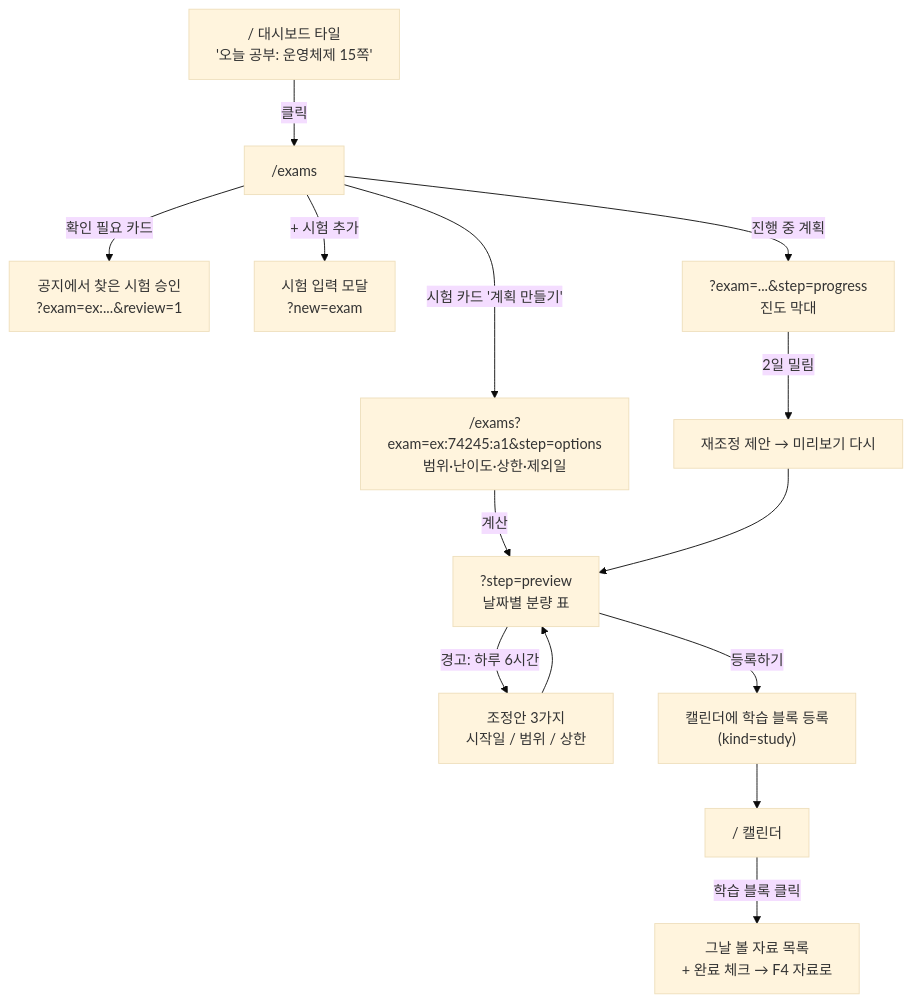
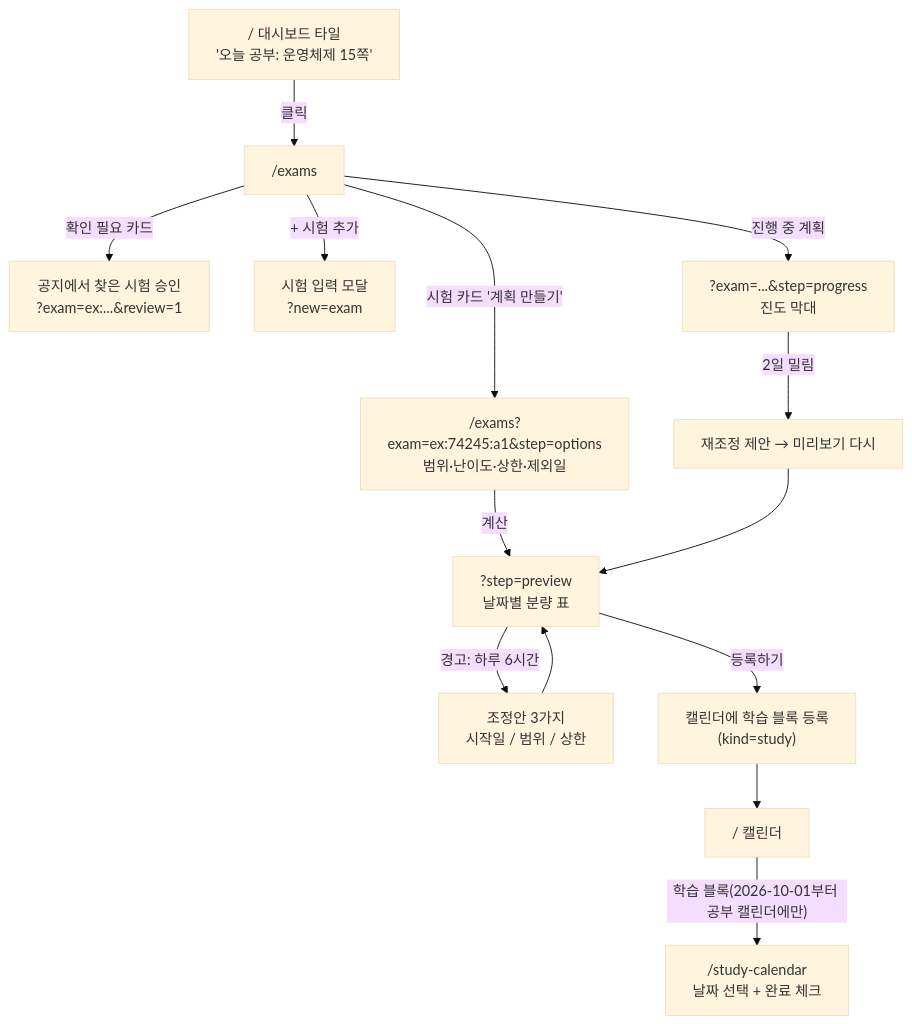
Before and after one commit to AIM-Output/26-WE-Meet-Project: the seventh of 14 diagrams in Frontend-Route.md, drawn with Mermaid (base theme). The commit also changed other lines of this file and 477 other files, not shown here.

````diff
--- a/Frontend-Route.md
+++ b/Frontend-Route.md
@@ -1110,16 +1153,16 @@
 ```mermaid
 flowchart TD
     A["/ 대시보드 타일<br/>'오늘 공부: 운영체제 15쪽'"] -->|"클릭"| E["/exams"]
     E -->|"확인 필요 카드"| RV["공지에서 찾은 시험 승인<br/>?exam=ex:...&review=1"]
     E -->|"+ 시험 추가"| ADD["시험 입력 모달<br/>?new=exam"]
     E -->|"시험 카드 '계획 만들기'"| OPT["/exams?exam=ex:74245:a1&step=options<br/>범위·난이도·상한·제외일"]
     OPT -->|"계산"| PV["?step=preview<br/>날짜별 분량 표"]
     PV -->|"경고: 하루 6시간"| ADJ["조정안 3가지<br/>시작일 / 범위 / 상한"]
     ADJ --> PV
     PV -->|"등록하기"| REG["캘린더에 학습 블록 등록<br/>(kind=study)"]
     REG --> CAL["/ 캘린더"]
-    CAL -->|"학습 블록 클릭"| BLK["그날 볼 자료 목록<br/>+ 완료 체크 → F4 자료로"]
+    CAL -->|"학습 블록(2026-10-01부터 공부 캘린더에만)"| BLK["/study-calendar<br/>날짜 선택 + 완료 체크"]
     E -->|"진행 중 계획"| PR["?exam=...&step=progress<br/>진도 막대"]
     PR -->|"2일 밀림"| RB["재조정 제안 → 미리보기 다시"]
     RB --> PV
 ```
````
